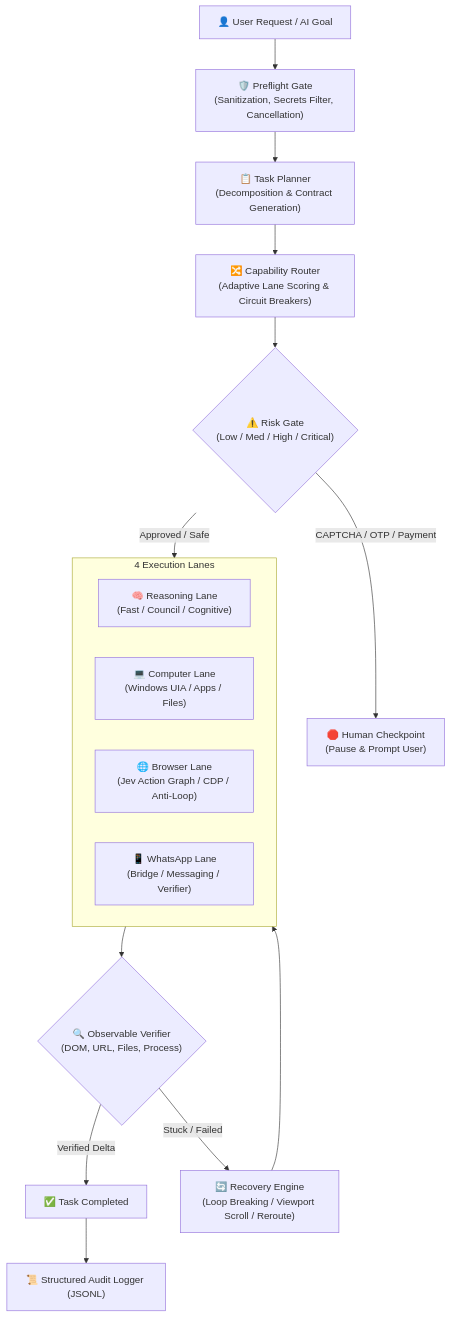
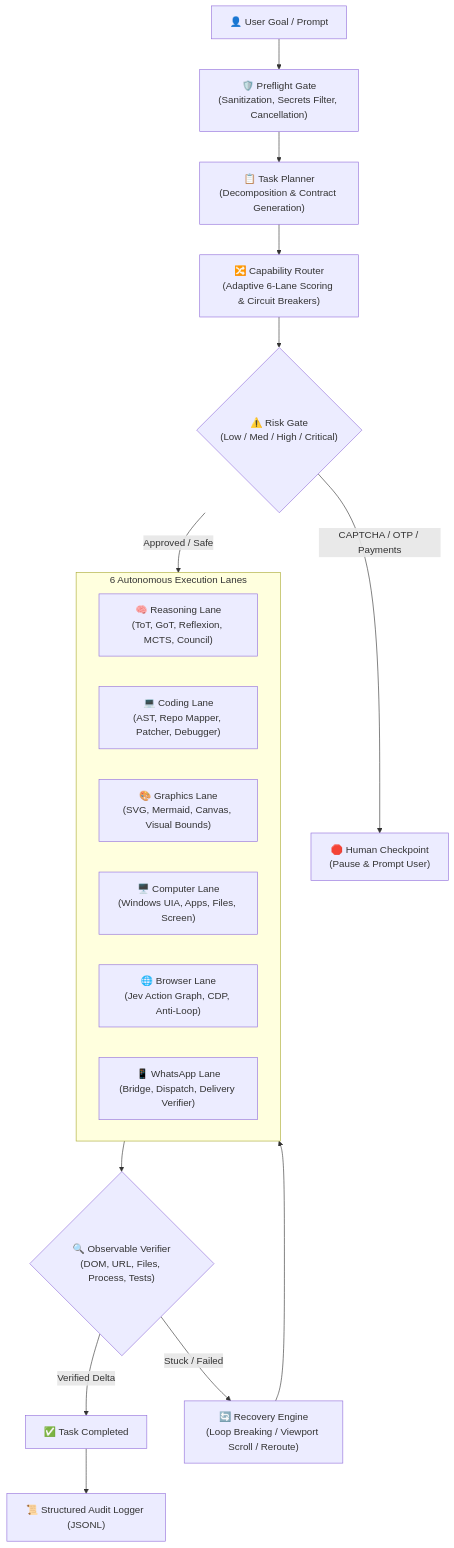
Before and after one commit to kosif199022-jpg/think: the diagram in README.md, drawn with Mermaid. The commit also changed other lines of this file and 30 other files, not shown here.

Commit message:
Super-Intelligence upgrade: Add Coding lane (AST, patcher, debugger, repo-map), Graphics lane (SVG, Mermaid, Canvas, bounds), and Reasoning expansion (ToT, GoT, Reflexion, MCTS)

````diff
--- a/README.md
+++ b/README.md
@@ -25,24 +27,26 @@
 ```mermaid
 flowchart TD
-    User["👤 User Request / AI Goal"] --> Preflight["🛡️ Preflight Gate<br/>(Sanitization, Secrets Filter, Cancellation)"]
+    User["👤 User Goal / Prompt"] --> Preflight["🛡️ Preflight Gate<br/>(Sanitization, Secrets Filter, Cancellation)"]
     Preflight --> Planner["📋 Task Planner<br/>(Decomposition & Contract Generation)"]
-    Planner --> Router["🔀 Capability Router<br/>(Adaptive Lane Scoring & Circuit Breakers)"]
+    Planner --> Router["🔀 Capability Router<br/>(Adaptive 6-Lane Scoring & Circuit Breakers)"]
     Router --> RiskGate{"⚠️ Risk Gate<br/>(Low / Med / High / Critical)"}
     
-    RiskGate -- "CAPTCHA / OTP / Payment" --> Checkpoint["🛑 Human Checkpoint<br/>(Pause & Prompt User)"]
-    RiskGate -- "Approved / Safe" --> Lanes["🚀 Execution Lanes"]
+    RiskGate -- "CAPTCHA / OTP / Payments" --> Checkpoint["🛑 Human Checkpoint<br/>(Pause & Prompt User)"]
+    RiskGate -- "Approved / Safe" --> Lanes["🚀 6 Execution Lanes"]
     
-    subgraph Lanes["4 Execution Lanes"]
-        L1["🧠 Reasoning Lane<br/>(Fast / Council / Cognitive)"]
-        L2["💻 Computer Lane<br/>(Windows UIA / Apps / Files)"]
-        L3["🌐 Browser Lane<br/>(Jev Action Graph / CDP / Anti-Loop)"]
-        L4["📱 WhatsApp Lane<br/>(Bridge / Messaging / Verifier)"]
+    subgraph Lanes["6 Autonomous Execution Lanes"]
+        L1["🧠 Reasoning Lane<br/>(ToT, GoT, Reflexion, MCTS, Council)"]
+        L2["💻 Coding Lane<br/>(AST, Repo Mapper, Patcher, Debugger)"]
+        L3["🎨 Graphics Lane<br/>(SVG, Mermaid, Canvas, Visual Bounds)"]
+        L4["🖥️ Computer Lane<br/>(Windows UIA, Apps, Files, Screen)"]
+        L5["🌐 Browser Lane<br/>(Jev Action Graph, CDP, Anti-Loop)"]
+        L6["📱 WhatsApp Lane<br/>(Bridge, Dispatch, Delivery Verifier)"]
     end
     
-    Lanes --> Verifier{"🔍 Observable Verifier<br/>(DOM, URL, Files, Process)"}
+    Lanes --> Verifier{"🔍 Observable Verifier<br/>(DOM, URL, Files, Process, Tests)"}
     Verifier -- "Verified Delta" --> Success["✅ Task Completed"]
     Verifier -- "Stuck / Failed" --> Recovery["🔄 Recovery Engine<br/>(Loop Breaking / Viewport Scroll / Reroute)"]
     Recovery --> Lanes
     
     Success --> Audit["📜 Structured Audit Logger (JSONL)"]
 ```
````
